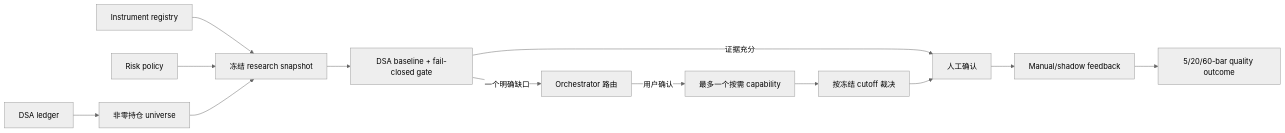
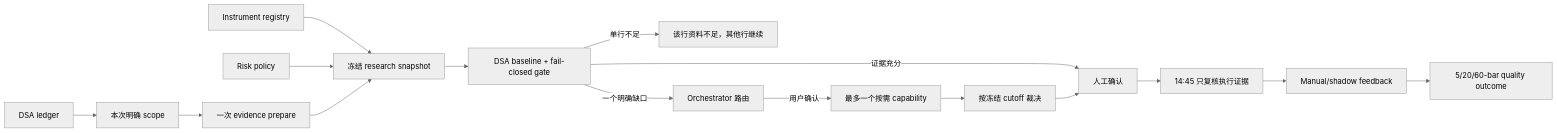
The diagram in docs/portfolio-research-workflow.md (sunny-kobe/daily_stock_analysis), drawn with Mermaid (neutral theme) before and after one commit. The commit also changed other lines of this file and 44 other files, not shown here.

````diff
--- a/docs/portfolio-research-workflow.md
+++ b/docs/portfolio-research-workflow.md
@@ -83,15 +83,18 @@
 ```mermaid
 flowchart LR
-    L["DSA ledger"] --> U["非零持仓 universe"]
+    L["DSA ledger"] --> Q["本次明确 scope"]
+    Q --> E["一次 evidence prepare"]
     I["Instrument registry"] --> S["冻结 research snapshot"]
     R["Risk policy"] --> S
-    U --> S
+    E --> S
     S --> B["DSA baseline + fail-closed gate"]
     B -->|"证据充分"| H["人工确认"]
+    B -->|"单行不足"| Z["该行资料不足，其他行继续"]
     B -->|"一个明确缺口"| O["Orchestrator 路由"]
     O -->|"用户确认"| W["最多一个按需 capability"]
     W --> A["按冻结 cutoff 裁决"]
     A --> H
-    H --> F["Manual/shadow feedback"]
+    H --> X["14:45 只复核执行证据"]
+    X --> F["Manual/shadow feedback"]
     F --> P["5/20/60-bar quality outcome"]
 ```
````
